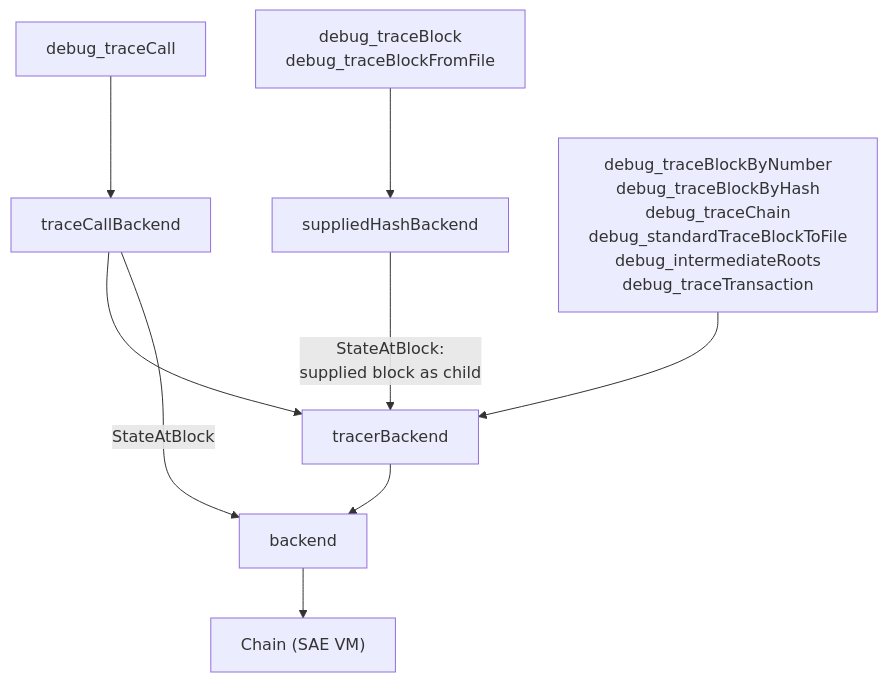
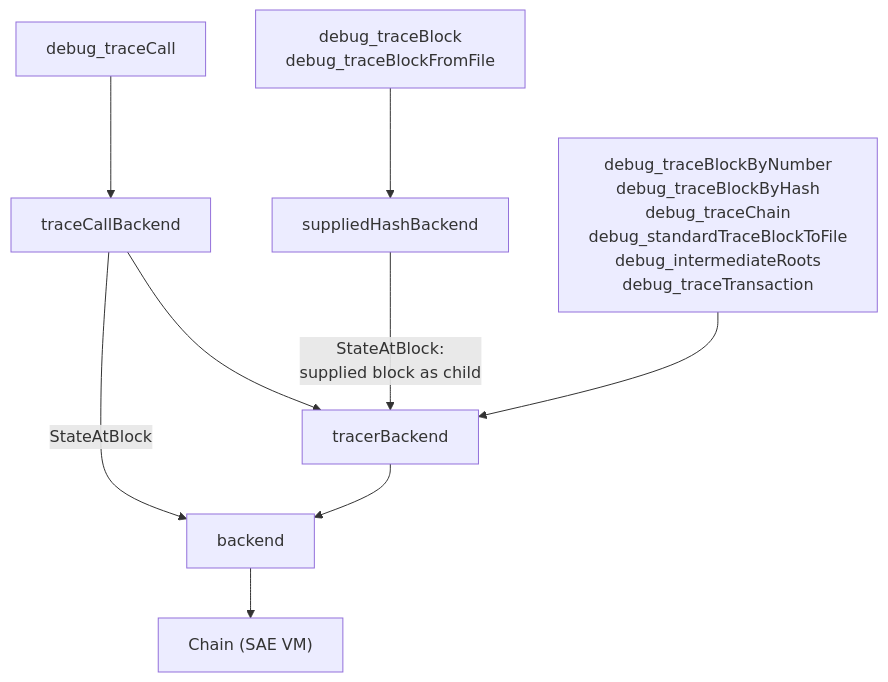
One commit to ava-labs/avalanchego changed the diagram in vms/saevm/sae/rpc/README.md. Above: the diagram before and after it, drawn with Mermaid. The commit also changed other lines of this file and 2 other files, not shown here.

````diff
--- a/vms/saevm/sae/rpc/README.md
+++ b/vms/saevm/sae/rpc/README.md
@@ -40,12 +43,12 @@
 ```mermaid
 graph TD
     reseal["debug_traceBlock<br/>debug_traceBlockFromFile"] --> suppliedHashBackend
     traceCall["debug_traceCall"] --> traceCallBackend
     canonical["debug_traceBlockByNumber<br/>debug_traceBlockByHash<br/>debug_traceChain<br/>debug_standardTraceBlockToFile<br/>debug_intermediateRoots<br/>debug_traceTransaction"] --> tracerBackend
 
     suppliedHashBackend -->|"StateAtBlock:<br/>supplied block as child"| tracerBackend
+    traceCallBackend -->|"StateAtBlock"| backend
     traceCallBackend --> tracerBackend
-    traceCallBackend -->|"StateAtBlock"| backend
     tracerBackend --> backend
     backend --> chain["Chain (SAE VM)"]
 ```
````
